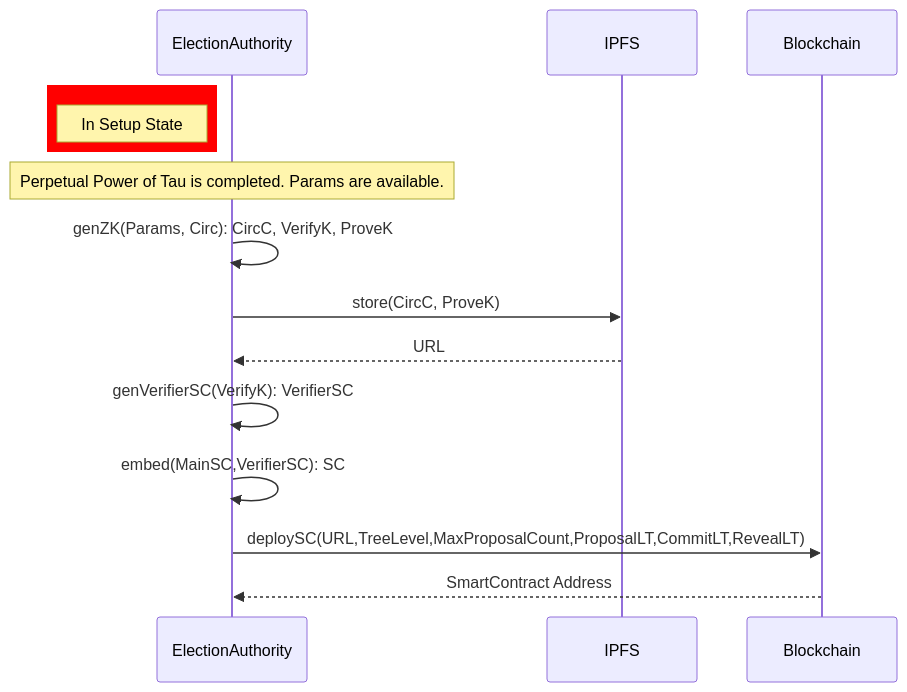
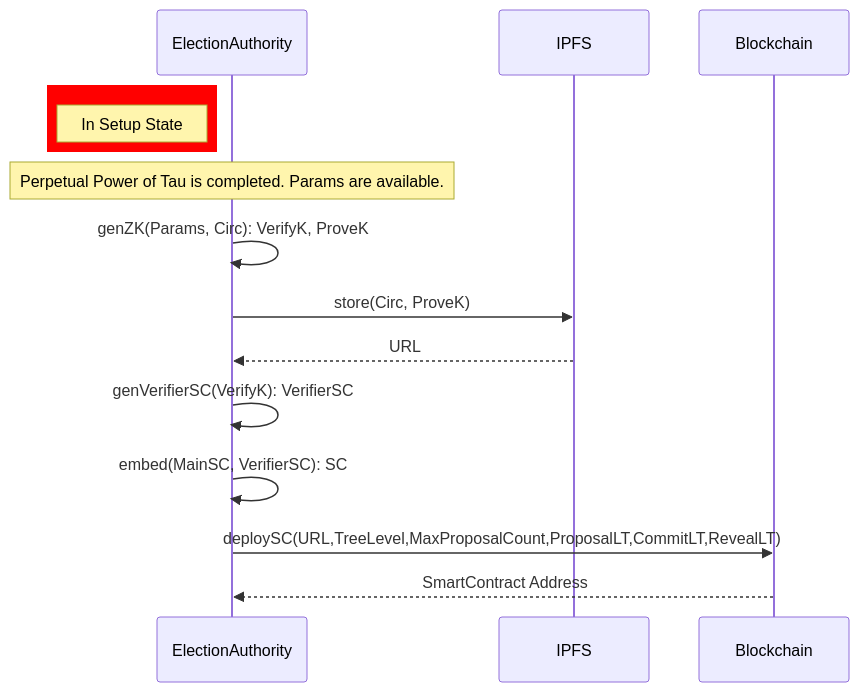
The diagram in docs/flows/basic/setup.mmd (ceyonur/electanon), drawn with Mermaid before and after one commit. The commit also changed 1302 other files, not shown here.

```diff
--- a/docs/flows/basic/setup.mmd
+++ b/docs/flows/basic/setup.mmd
@@ -1,13 +1,13 @@
 sequenceDiagram
 rect rgb(255, 0, 0)
 note left of EA: In Setup State
 end
 participant EA as ElectionAuthority
 Note over EA: Perpetual Power of Tau is completed. Params are available.
-EA ->> EA: genZK(Params, Circ): CircC, VerifyK, ProveK
-EA ->> IPFS: store(CircC, ProveK)
+EA ->> EA: genZK(Params, Circ): VerifyK, ProveK
+EA ->> IPFS: store(Circ, ProveK)
 IPFS -->> EA: URL
 EA ->> EA: genVerifierSC(VerifyK): VerifierSC
-EA ->> EA: embed(MainSC,VerifierSC): SC
+EA ->> EA: embed(MainSC, VerifierSC): SC
 EA->>Blockchain: deploySC(URL,TreeLevel,MaxProposalCount,ProposalLT,CommitLT,RevealLT)
 Blockchain -->> EA: SmartContract Address
```
